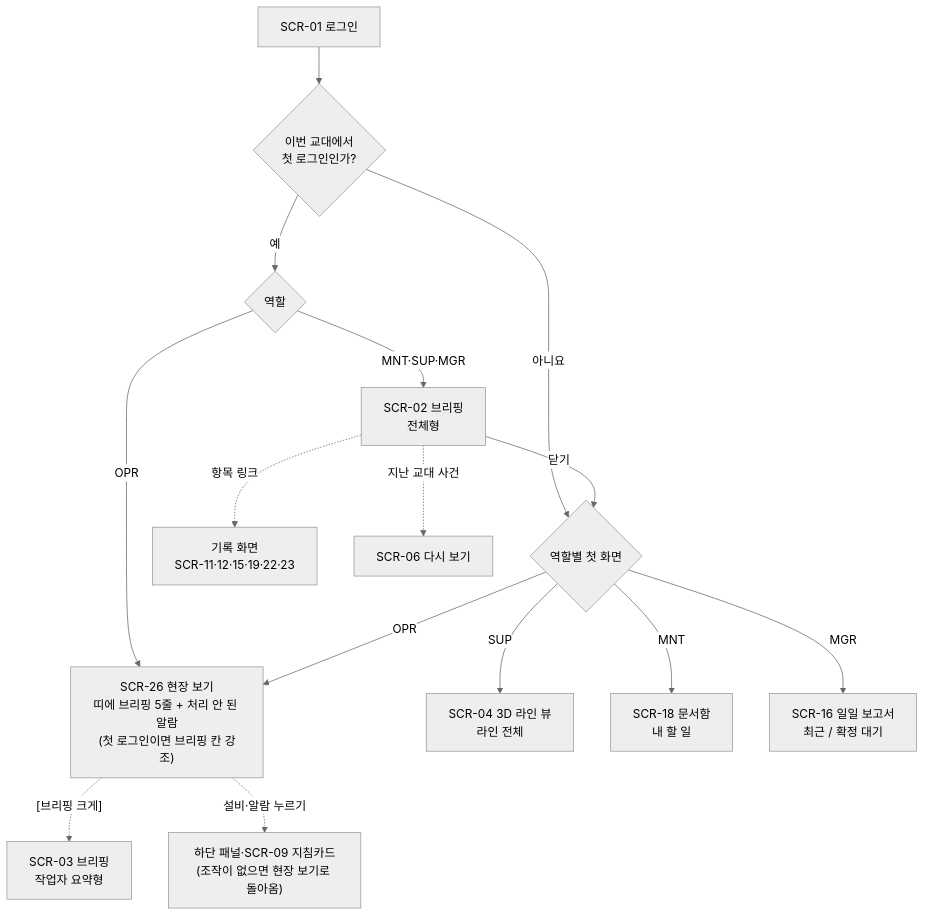
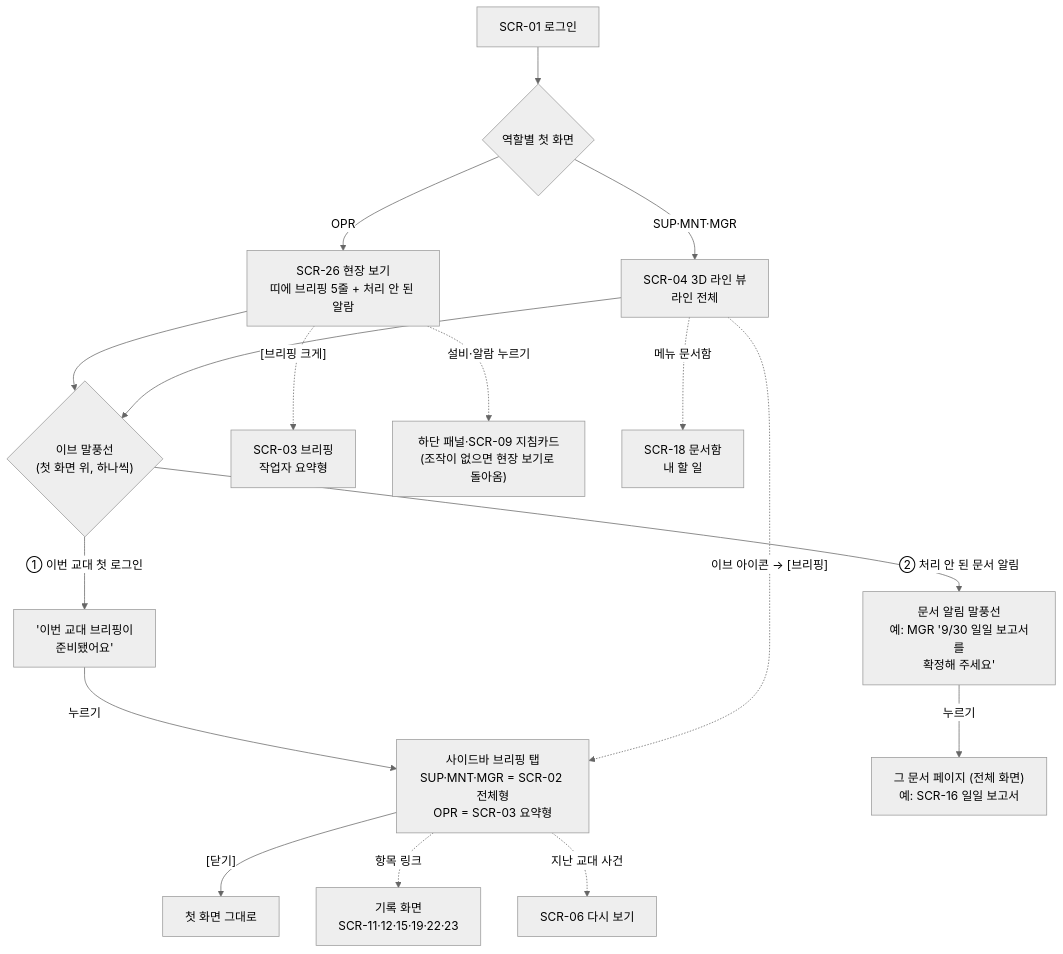
One commit to Ion-Mill/VF-2 changed the first of 3 diagrams in 11_automotive/UI설계서_최종본.md. Above: the diagram before and after it, drawn with Mermaid (neutral theme). The commit also changed other lines of this file and 194 other files, not shown here.

````diff
--- a/11_automotive/UI설계서_최종본.md
+++ b/11_automotive/UI설계서_최종본.md
@@ -384,17 +403,19 @@
 ```mermaid
 flowchart TD
-    L["SCR-01 로그인"] --> Q{"이번 교대에서<br/>첫 로그인인가?"}
-    Q -- "예" --> B{"역할"}
-    Q -- "아니요" --> H{"역할별 첫 화면"}
-    B -- "OPR" --> O
-    B -- "MNT·SUP·MGR" --> B2["SCR-02 브리핑<br/>전체형"]
-    B2 -- "닫기" --> H
-    H -- "OPR" --> O["SCR-26 현장 보기<br/>띠에 브리핑 5줄 + 처리 안 된 알람<br/>(첫 로그인이면 브리핑 칸 강조)"]
+    L["SCR-01 로그인"] --> H{"역할별 첫 화면"}
+    H -- "OPR" --> O["SCR-26 현장 보기<br/>띠에 브리핑 5줄 + 처리 안 된 알람"]
+    H -- "SUP·MNT·MGR" --> S["SCR-04 3D 라인 뷰<br/>라인 전체"]
+    O --> BQ{"이브 말풍선<br/>(첫 화면 위, 하나씩)"}
+    S --> BQ
+    BQ -- "① 이번 교대 첫 로그인" --> BB["'이번 교대 브리핑이<br/>준비됐어요'"]
+    BQ -- "② 처리 안 된 문서 알림" --> DB["문서 알림 말풍선<br/>예: MGR '9/30 일일 보고서를<br/>확정해 주세요'"]
+    BB -- "누르기" --> B2["사이드바 브리핑 탭<br/>SUP·MNT·MGR = SCR-02 전체형<br/>OPR = SCR-03 요약형"]
+    DB -- "누르기" --> DOC["그 문서 페이지 (전체 화면)<br/>예: SCR-16 일일 보고서"]
+    B2 -- "[닫기]" --> BACK["첫 화면 그대로"]
+    S -. "이브 아이콘 → [브리핑]" .-> B2
     O -. "[브리핑 크게]" .-> B3["SCR-03 브리핑<br/>작업자 요약형"]
     O -. "설비·알람 누르기" .-> D["하단 패널·SCR-09 지침카드<br/>(조작이 없으면 현장 보기로 돌아옴)"]
-    H -- "SUP" --> S["SCR-04 3D 라인 뷰<br/>라인 전체"]
-    H -- "MNT" --> M["SCR-18 문서함<br/>내 할 일"]
-    H -- "MGR" --> G["SCR-16 일일 보고서<br/>최근 / 확정 대기"]
+    S -. "메뉴 문서함" .-> M["SCR-18 문서함<br/>내 할 일"]
     B2 -. "항목 링크" .-> R["기록 화면<br/>SCR-11·12·15·19·22·23"]
     B2 -. "지난 교대 사건" .-> P["SCR-06 다시 보기"]
 ```
````
